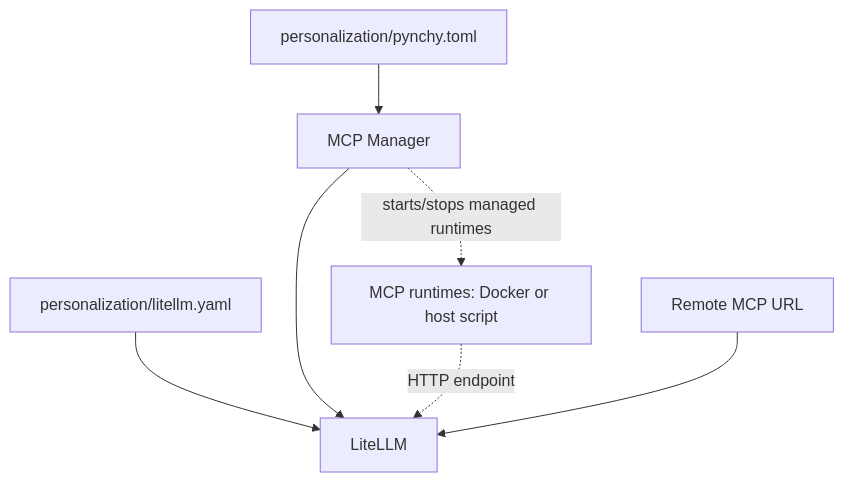
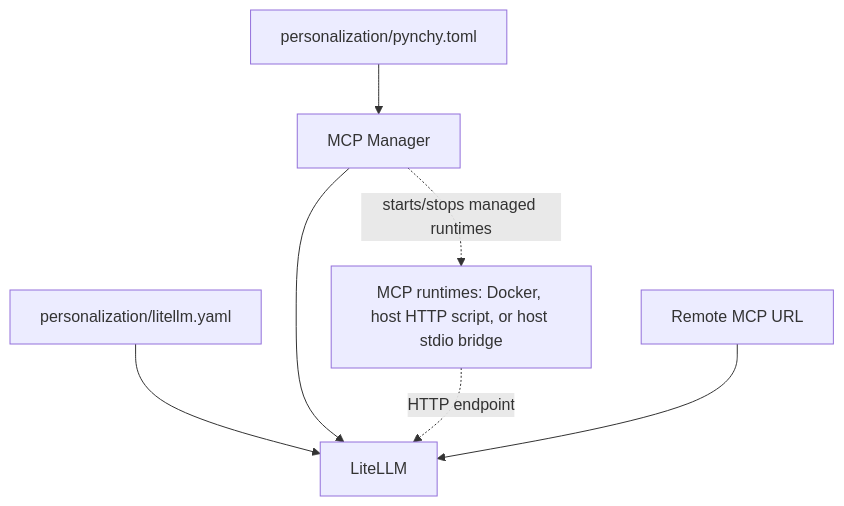
The diagram in docs/architecture/mcp-management.md (crypdick/pynchy), drawn with Mermaid before and after one commit. The commit also changed other lines of this file and 11 other files, not shown here.

Commit message:
feat: bridge stdio MCP servers

````diff
--- a/docs/architecture/mcp-management.md
+++ b/docs/architecture/mcp-management.md
@@ -7,9 +7,9 @@
 ```mermaid
 graph TB
     Config["personalization/pynchy.toml"] --> MCP["MCP Manager"]
     LCFG["personalization/litellm.yaml"] --> LiteLLM["LiteLLM"]
     MCP --> LiteLLM
-    MCP -. "starts/stops managed runtimes" .-> MCPRuntime["MCP runtimes: Docker or host script"]
+    MCP -. "starts/stops managed runtimes" .-> MCPRuntime["MCP runtimes: Docker, host HTTP script, or host stdio bridge"]
     MCPRuntime -. "HTTP endpoint" .-> LiteLLM
     Remote["Remote MCP URL"] --> LiteLLM
 ```
````
